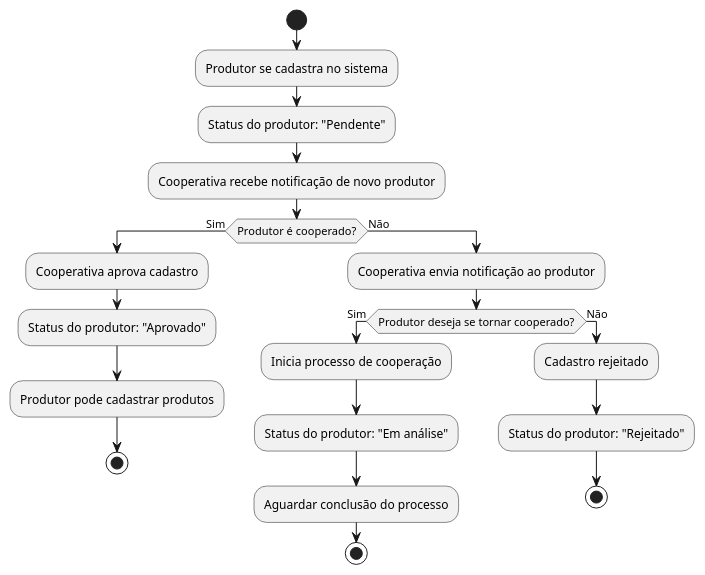
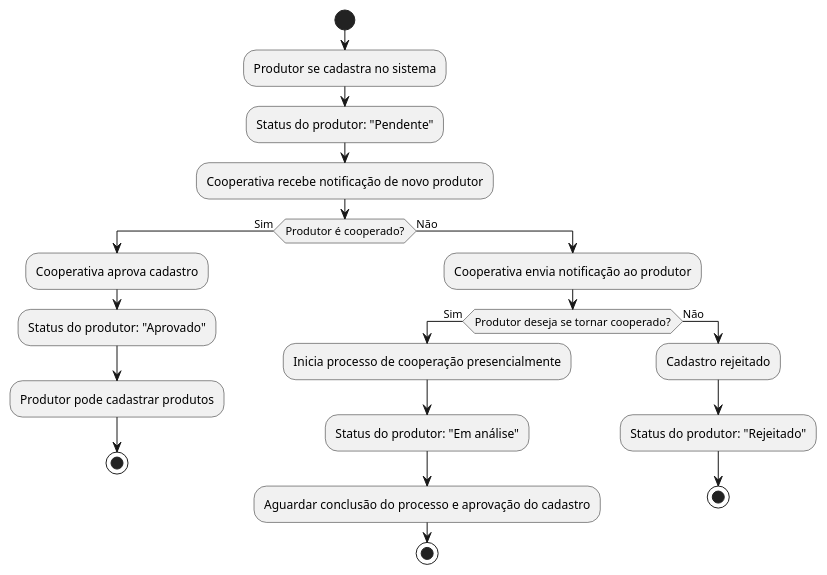
The diagram in docs/diagrams/activity/UsersManagement.puml (bruflor/comercio-vizinho), drawn with PlantUML before and after one commit.

Commit message:
Atualizando gestão de produtores

```diff
--- a/docs/diagrams/activity/UsersManagement.puml
+++ b/docs/diagrams/activity/UsersManagement.puml
@@ -1,24 +1,24 @@
 @startuml
 start
 :Produtor se cadastra no sistema;
 :Status do produtor: "Pendente";
 :Cooperativa recebe notificação de novo produtor;
 if (Produtor é cooperado?) then (Sim)
   :Cooperativa aprova cadastro;
   :Status do produtor: "Aprovado";
   :Produtor pode cadastrar produtos;
   stop
 else (Não)
   :Cooperativa envia notificação ao produtor;
   if (Produtor deseja se tornar cooperado?) then (Sim)
-    :Inicia processo de cooperação;
+    :Inicia processo de cooperação presencialmente;
     :Status do produtor: "Em análise";
-    :Aguardar conclusão do processo;
+    :Aguardar conclusão do processo e aprovação do cadastro;
     stop
   else (Não)
     :Cadastro rejeitado;
     :Status do produtor: "Rejeitado";
     stop
   endif
 endif
 @enduml
```
